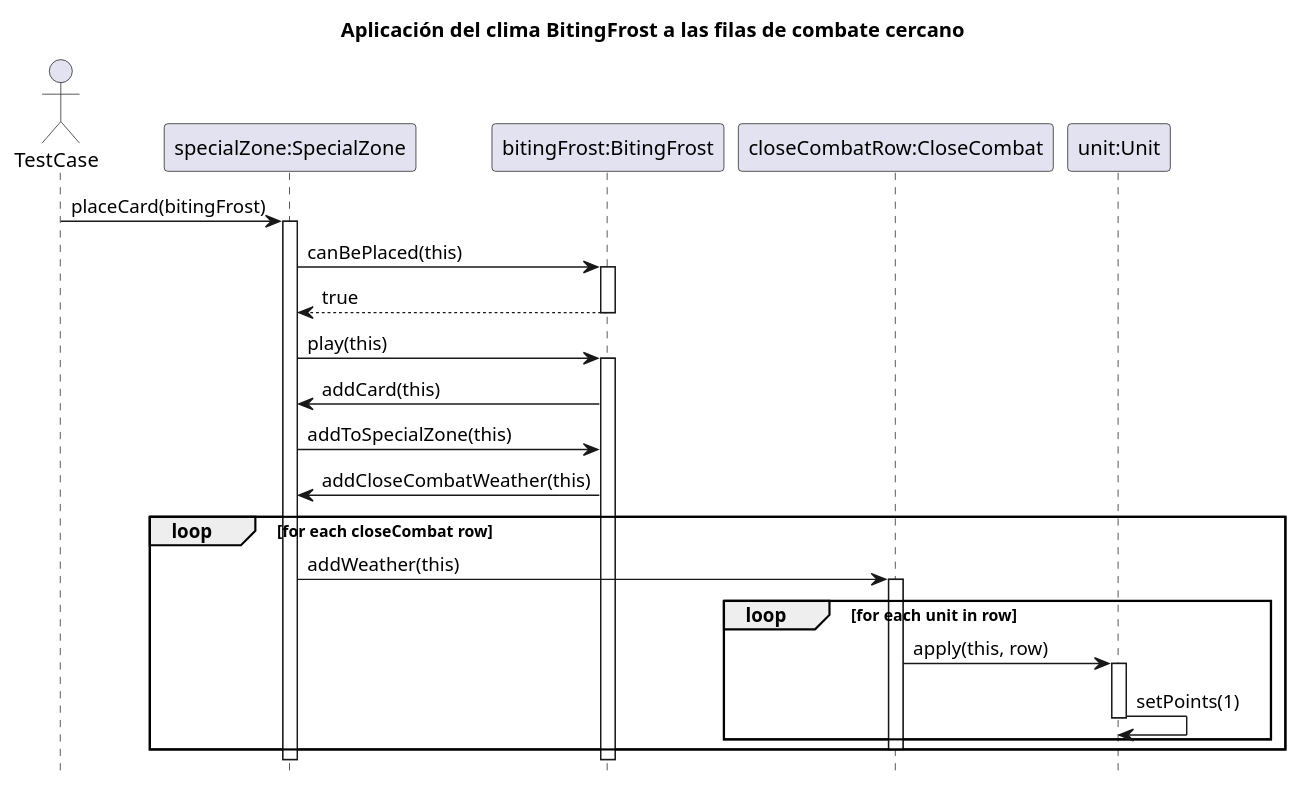
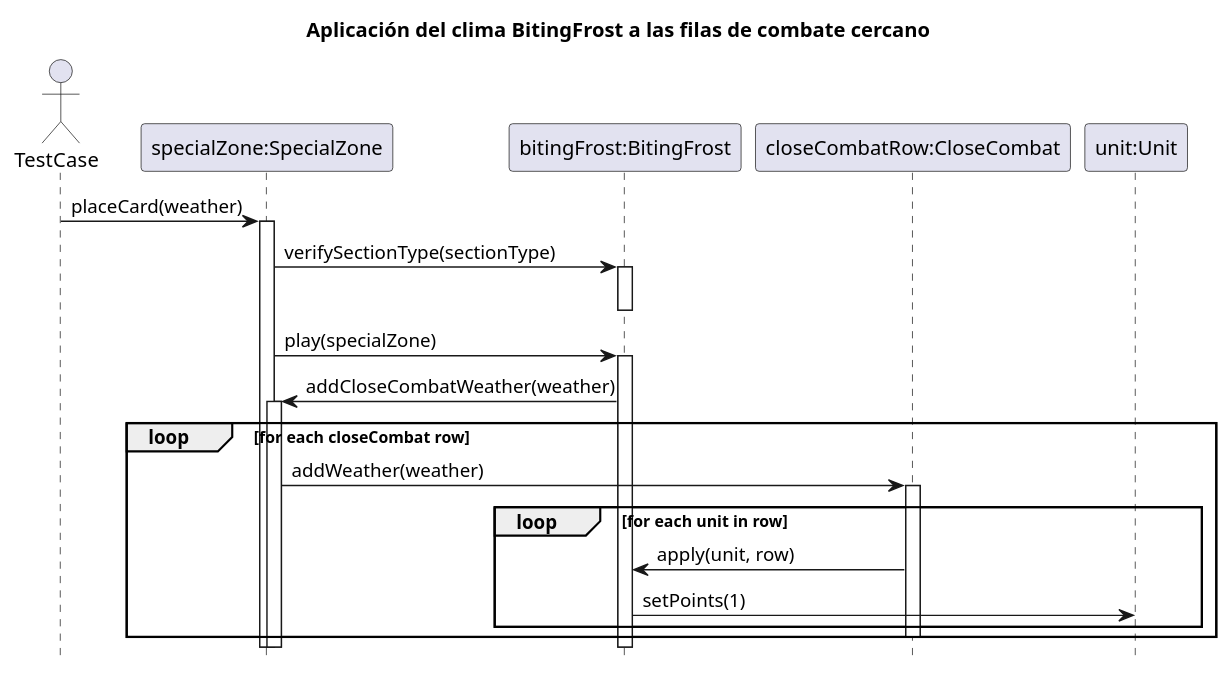
One commit to Yonhir/algo3_proyecto_base_tp2 changed the diagram in diagrams/sequences/AplicarClima.plantuml. Above: the diagram before and after it, drawn with PlantUML. The commit also changed 15 other files, not shown here.

Commit message:
update diagrams

```diff
--- a/diagrams/sequences/AplicarClima.plantuml
+++ b/diagrams/sequences/AplicarClima.plantuml
@@ -1,46 +1,35 @@
 @startuml
 
 hide footbox
 title Aplicación del clima BitingFrost a las filas de combate cercano
 
 actor TestCase
 
-participant "specialZone:SpecialZone" as SpecialZone
-participant "bitingFrost:BitingFrost" as Weather
-participant "closeCombatRow:CloseCombat" as Row
-participant "unit:Unit" as Unit
+participant "specialZone:SpecialZone" as specialZone
+participant "bitingFrost:BitingFrost" as weather
+participant "closeCombatRow:CloseCombat" as row
+participant "unit:Unit" as unit
 
-TestCase -> SpecialZone: placeCard(bitingFrost)
-activate SpecialZone
-
-SpecialZone -> Weather: canBePlaced(this)
-activate Weather
-Weather --> SpecialZone: true
-deactivate Weather
-
-SpecialZone -> Weather: play(this)
-activate Weather
-
-Weather -> SpecialZone: addCard(this)
-
-SpecialZone -> Weather: addToSpecialZone(this)
-Weather -> SpecialZone: addCloseCombatWeather(this)
-
-loop for each closeCombat row
-    SpecialZone -> Row: addWeather(this)
-    activate Row
-    
-    loop for each unit in row
-        Row -> Unit: apply(this, row)
-        activate Unit
-        Unit -> Unit: setPoints(1)
-        deactivate Unit
-    end
-    
-    deactivate Row
-end
-
-deactivate Weather
-deactivate SpecialZone
+TestCase -> specialZone: placeCard(weather)
+    activate specialZone
+    specialZone -> weather: verifySectionType(sectionType)
+        activate weather
+        deactivate weather
+    specialZone -> weather: play(specialZone)
+        activate weather
+        weather -> specialZone: addCloseCombatWeather(weather)
+            activate specialZone
+            loop for each closeCombat row
+                specialZone -> row: addWeather(weather)
+                    activate row
+                    loop for each unit in row
+                        row -> weather: apply(unit, row)
+                            weather -> unit: setPoints(1)
+                    end
+                    deactivate row
+            end
+            deactivate specialZone
+        deactivate weather
+    deactivate specialZone
 
 @enduml 
```
